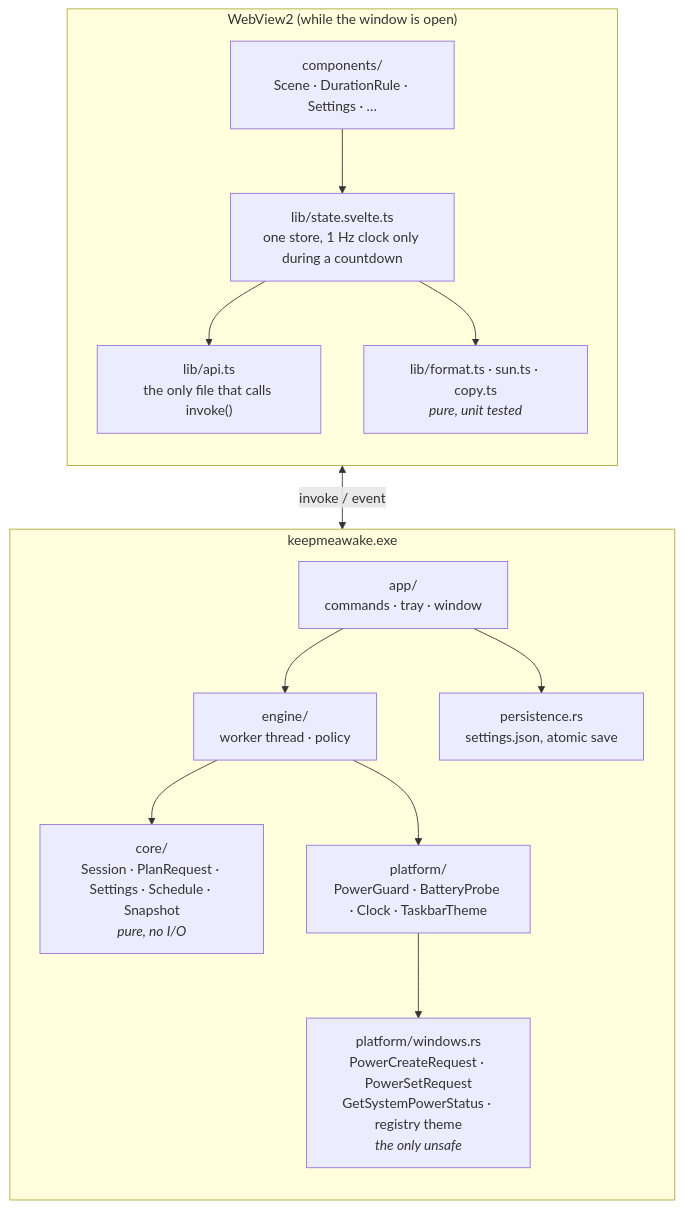
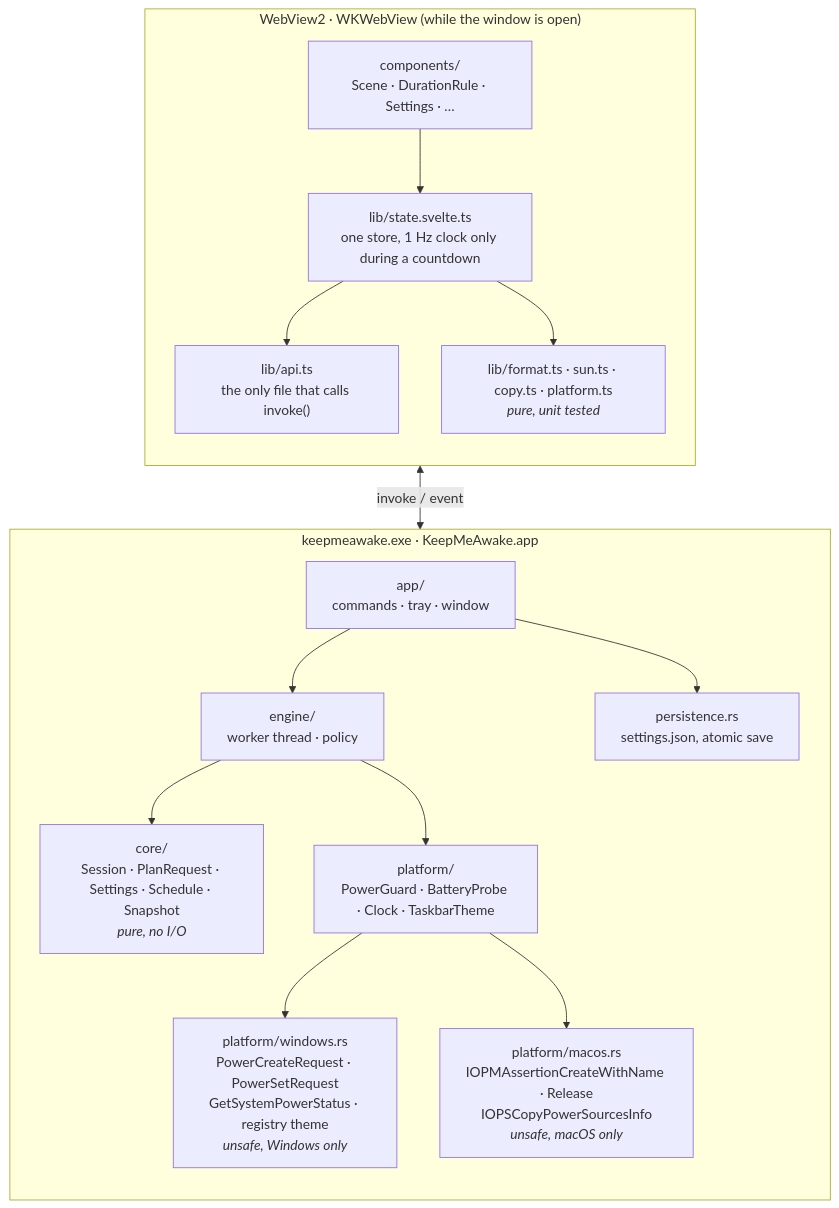
The first of 6 diagrams in docs/architecture.md (ax5hay/KeepMeAwake), drawn with Mermaid before and after one commit. The commit also changed other lines of this file and 9 other files, not shown here.

First line of the commit message:
docs: macOS in the guide, architecture, design, budget and changelog

````diff
--- a/docs/architecture.md
+++ b/docs/architecture.md
@@ -9,25 +10,27 @@
 ```mermaid
 flowchart TB
-    subgraph exe["keepmeawake.exe"]
+    subgraph exe["keepmeawake.exe · KeepMeAwake.app"]
         direction TB
         app["app/<br/>commands · tray · window"]
         engine["engine/<br/>worker thread · policy"]
         core["core/<br/>Session · PlanRequest · Settings · Schedule · Snapshot<br/><i>pure, no I/O</i>"]
         platform["platform/<br/>PowerGuard · BatteryProbe · Clock · TaskbarTheme"]
-        win["platform/windows.rs<br/>PowerCreateRequest · PowerSetRequest<br/>GetSystemPowerStatus · registry theme<br/><i>the only unsafe</i>"]
+        win["platform/windows.rs<br/>PowerCreateRequest · PowerSetRequest<br/>GetSystemPowerStatus · registry theme<br/><i>unsafe, Windows only</i>"]
+        mac["platform/macos.rs<br/>IOPMAssertionCreateWithName · Release<br/>IOPSCopyPowerSourcesInfo<br/><i>unsafe, macOS only</i>"]
         persist["persistence.rs<br/>settings.json, atomic save"]
         app --> engine --> core
         engine --> platform --> win
+        platform --> mac
         app --> persist
     end
-    subgraph webview["WebView2 (while the window is open)"]
+    subgraph webview["WebView2 · WKWebView (while the window is open)"]
         direction TB
         api["lib/api.ts<br/>the only file that calls invoke()"]
         store["lib/state.svelte.ts<br/>one store, 1 Hz clock only during a countdown"]
-        pure["lib/format.ts · sun.ts · copy.ts<br/><i>pure, unit tested</i>"]
+        pure["lib/format.ts · sun.ts · copy.ts · platform.ts<br/><i>pure, unit tested</i>"]
         ui["components/<br/>Scene · DurationRule · Settings · …"]
         ui --> store --> api
         store --> pure
     end
     api <-->|"invoke / event"| app
 ```
````
